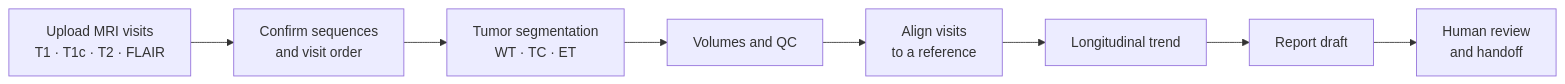
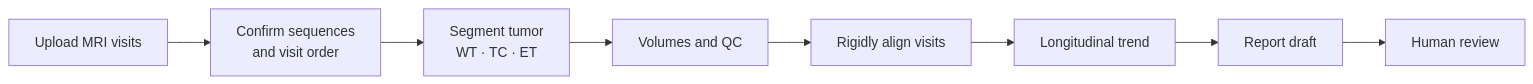
Before and after one commit to lanqz7766/Open-ClinAgent: the diagram in README.md, drawn with Mermaid. The commit also changed other lines of this file and 1 other file, not shown here.

````diff
--- a/README.md
+++ b/README.md
@@ -80,10 +74,10 @@
 ```mermaid
 flowchart LR
-    A[Upload MRI visits<br/>T1 · T1c · T2 · FLAIR] --> B[Confirm sequences<br/>and visit order]
-    B --> C[Tumor segmentation<br/>WT · TC · ET]
+    A[Upload MRI visits] --> B[Confirm sequences<br/>and visit order]
+    B --> C[Segment tumor<br/>WT · TC · ET]
     C --> D[Volumes and QC]
-    D --> E[Align visits<br/>to a reference]
+    D --> E[Rigidly align visits]
     E --> F[Longitudinal trend]
     F --> G[Report draft]
-    G --> H[Human review<br/>and handoff]
+    G --> H[Human review]
 ```
````
